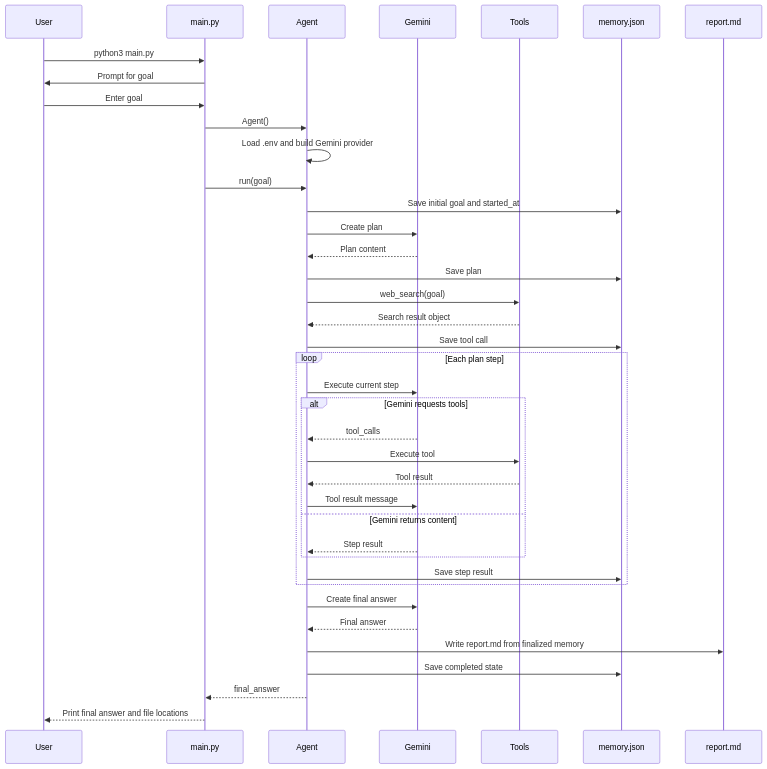
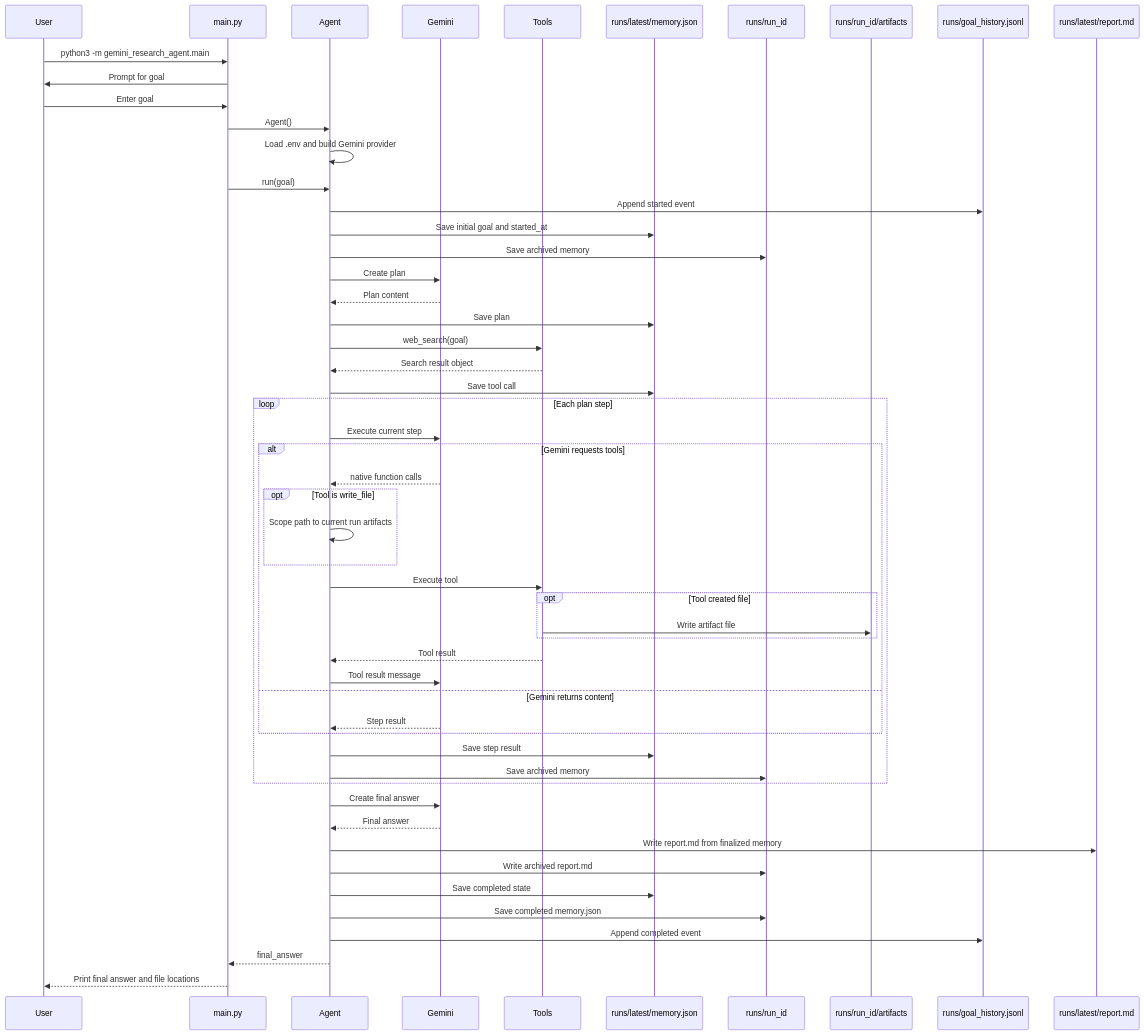
The first of 7 diagrams in docs/04-workflows.md (yessaravanan/gemini-research-agent), drawn with Mermaid before and after one commit. The commit also changed other lines of this file and 19 other files, not shown here.

````diff
--- a/docs/04-workflows.md
+++ b/docs/04-workflows.md
@@ -5,42 +5,57 @@
 ```mermaid
 sequenceDiagram
     participant User
     participant Main as main.py
     participant Agent
     participant Gemini
     participant Tools
-    participant Memory as memory.json
-    participant Report as report.md
+    participant Memory as runs/latest/memory.json
+    participant Archive as runs/run_id
+    participant Artifacts as runs/run_id/artifacts
+    participant History as runs/goal_history.jsonl
+    participant Report as runs/latest/report.md
 
-    User->>Main: python3 main.py
+    User->>Main: python3 -m gemini_research_agent.main
     Main->>User: Prompt for goal
     User->>Main: Enter goal
     Main->>Agent: Agent()
     Agent->>Agent: Load .env and build Gemini provider
     Main->>Agent: run(goal)
+    Agent->>History: Append started event
     Agent->>Memory: Save initial goal and started_at
+    Agent->>Archive: Save archived memory
     Agent->>Gemini: Create plan
     Gemini-->>Agent: Plan content
     Agent->>Memory: Save plan
     Agent->>Tools: web_search(goal)
     Tools-->>Agent: Search result object
     Agent->>Memory: Save tool call
     loop Each plan step
         Agent->>Gemini: Execute current step
         alt Gemini requests tools
-            Gemini-->>Agent: tool_calls
+            Gemini-->>Agent: native function calls
+            opt Tool is write_file
+                Agent->>Agent: Scope path to current run artifacts
+            end
             Agent->>Tools: Execute tool
+            opt Tool created file
+                Tools->>Artifacts: Write artifact file
+            end
             Tools-->>Agent: Tool result
             Agent->>Gemini: Tool result message
         else Gemini returns content
             Gemini-->>Agent: Step result
         end
         Agent->>Memory: Save step result
+        Agent->>Archive: Save archived memory
     end
     Agent->>Gemini: Create final answer
     Gemini-->>Agent: Final answer
     Agent->>Report: Write report.md from finalized memory
+    Agent->>Archive: Write archived report.md
     Agent->>Memory: Save completed state
+    Agent->>Archive: Save completed memory.json
+    Agent->>History: Append completed event
     Agent-->>Main: final_answer
     Main-->>User: Print final answer and file locations
 ```
````
